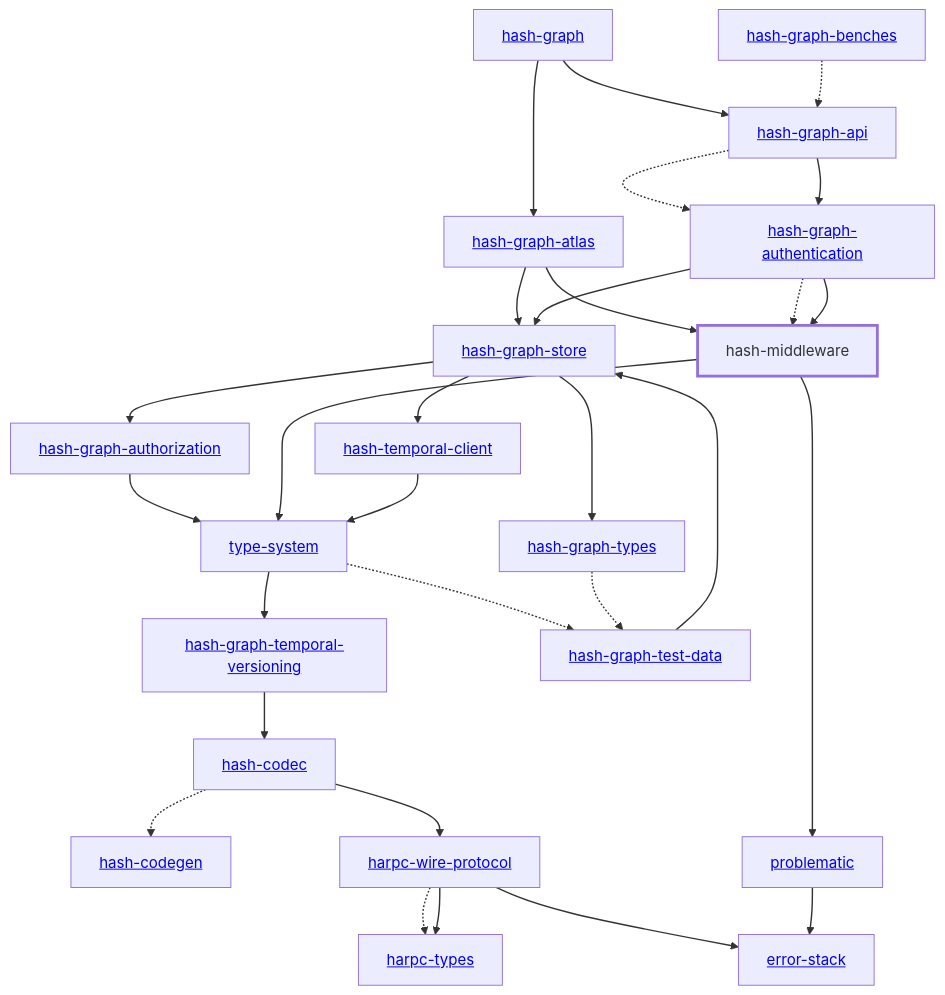
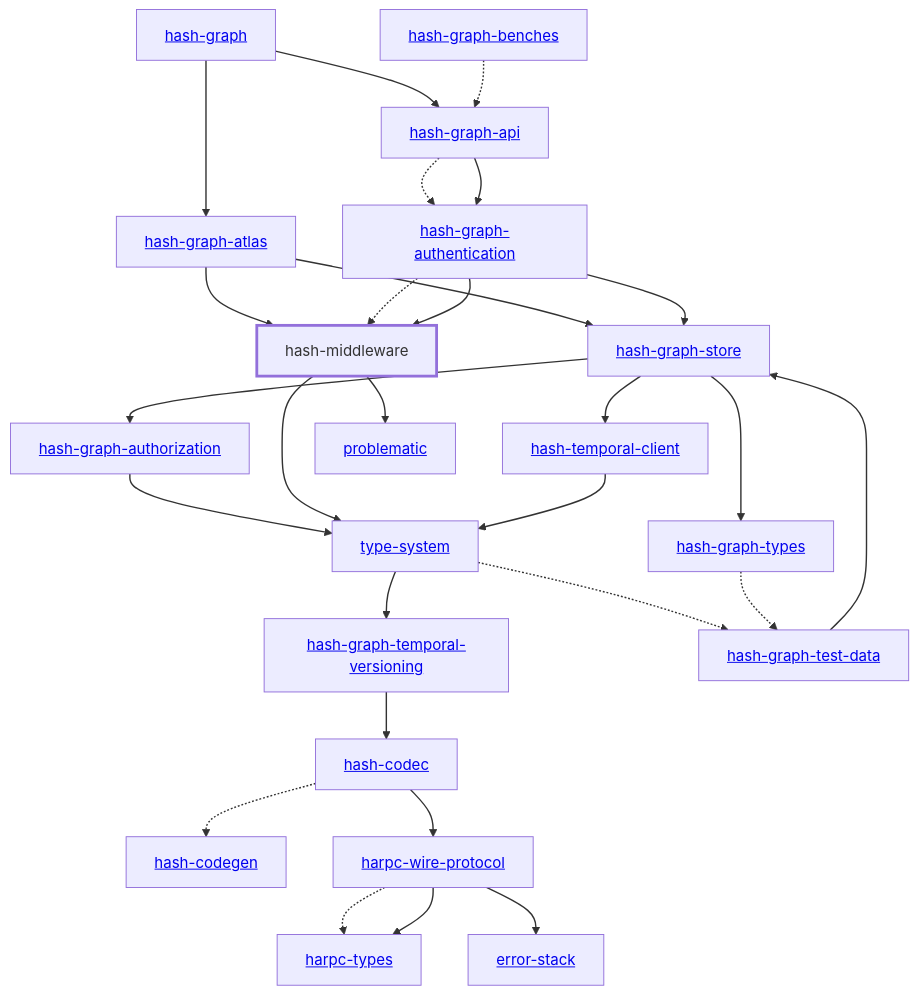
One commit to hashintel/hash changed the diagram in libs/@local/middleware/docs/dependency-diagram.mmd. Above: the diagram before and after it, drawn with Mermaid. The commit also changed 77 other files, not shown here.

```diff
--- a/libs/@local/middleware/docs/dependency-diagram.mmd
+++ b/libs/@local/middleware/docs/dependency-diagram.mmd
@@ -1,58 +1,57 @@
 graph TD
     linkStyle default stroke-width:1.5px
     classDef default stroke-width:1px
     classDef root stroke-width:3px
     classDef dev stroke-width:1px
     classDef build stroke-width:1px
     %% Legend
     %% --> : Normal dependency
     %% -.-> : Dev dependency
     %% ---> : Build dependency
     0[<a href="../hash_graph/index.html">hash-graph</a>]
     1[<a href="../type_system/index.html">type-system</a>]
     2[<a href="../hash_codec/index.html">hash-codec</a>]
     3[<a href="../hash_codegen/index.html">hash-codegen</a>]
     4[<a href="../hash_graph_api/index.html">hash-graph-api</a>]
     5[<a href="../hash_graph_atlas/index.html">hash-graph-atlas</a>]
     6[<a href="../hash_graph_authentication/index.html">hash-graph-authentication</a>]
     7[<a href="../hash_graph_authorization/index.html">hash-graph-authorization</a>]
     8[<a href="../hash_graph_store/index.html">hash-graph-store</a>]
     9[<a href="../hash_graph_temporal_versioning/index.html">hash-graph-temporal-versioning</a>]
     10[<a href="../hash_graph_types/index.html">hash-graph-types</a>]
     11[<a href="../harpc_types/index.html">harpc-types</a>]
     12[<a href="../harpc_wire_protocol/index.html">harpc-wire-protocol</a>]
     13[hash-middleware]
     class 13 root
     14[<a href="../hash_temporal_client/index.html">hash-temporal-client</a>]
     15[<a href="../error_stack/index.html">error-stack</a>]
     16[<a href="../problematic/index.html">problematic</a>]
     17[<a href="../hash_graph_benches/index.html">hash-graph-benches</a>]
     18[<a href="../hash_graph_test_data/index.html">hash-graph-test-data</a>]
     0 --> 4
     0 --> 5
     1 --> 9
     1 -.-> 18
     2 -.-> 3
     2 --> 12
     4 -.-> 6
     4 --> 6
     5 --> 8
     5 --> 13
     6 --> 8
     6 -.-> 13
     6 --> 13
     7 --> 1
     8 --> 7
     8 --> 10
     8 --> 14
     9 --> 2
     10 -.-> 18
     12 -.-> 11
     12 --> 11
     12 --> 15
     13 --> 1
     13 --> 16
     14 --> 1
-    16 --> 15
     17 -.-> 4
     18 --> 8
```
